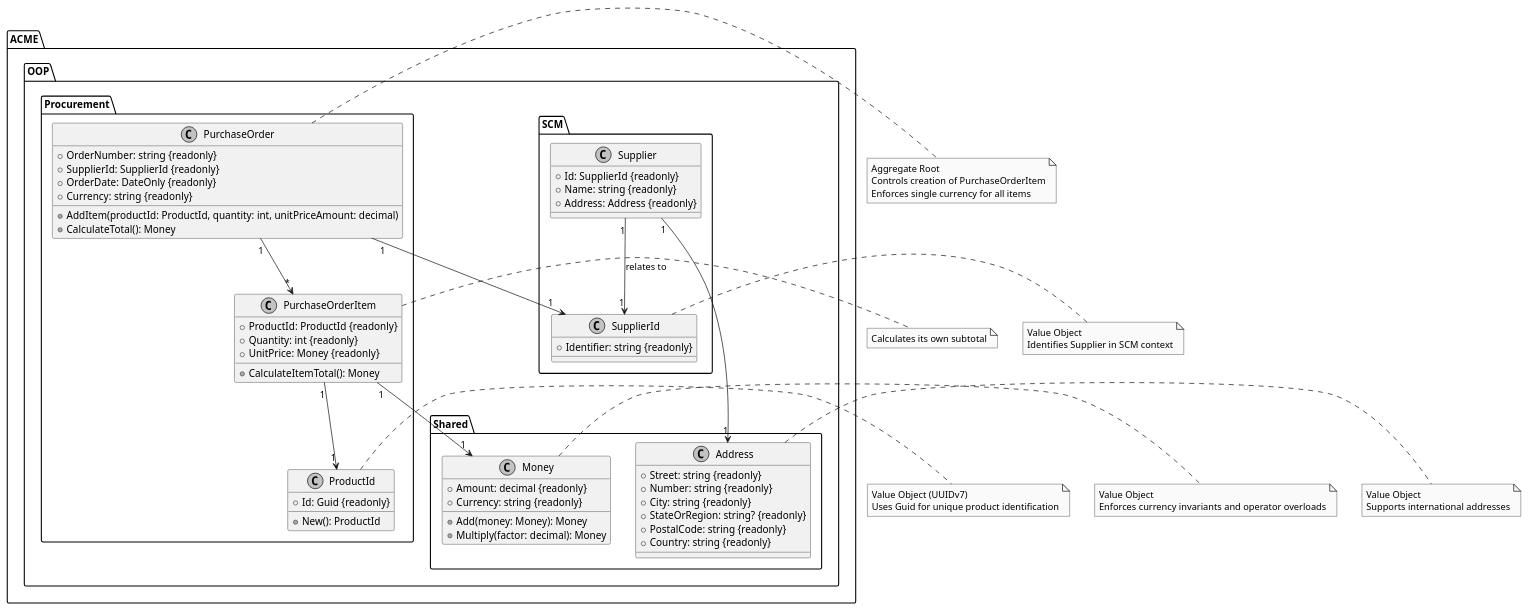
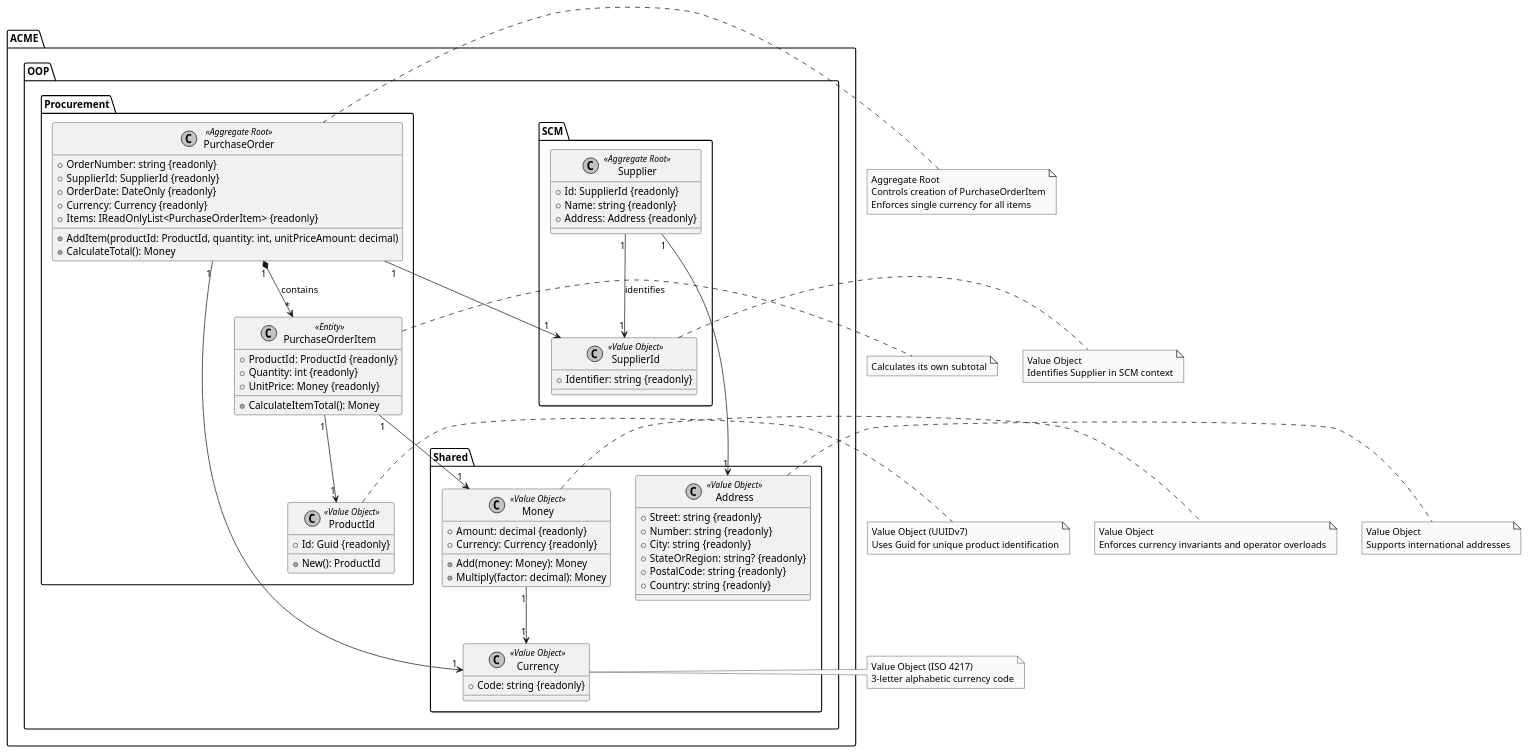
One commit to upc-pre-202620-1asi0730-8150/oop-sample changed the diagram in docs/class-diagram.puml. Above: the diagram before and after it, drawn with PlantUML.

Commit message:
docs(domain): update class diagram with refined domain model
- Add stereotypes (Aggregate Root, Entity, Value Object) for clarity.
- Replace `Currency` string with `Currency` value object in `Money` and `PurchaseOrder`.
- Add `Items` to `PurchaseOrder` with `PurchaseOrderItem` association.
- Enhance relationships and annotations for improved domain understanding.

```diff
--- a/docs/class-diagram.puml
+++ b/docs/class-diagram.puml
@@ -1,96 +1,108 @@
 @startuml
 skinparam monochrome true
 
 package "ACME.OOP.SCM" {
-  class "Supplier" as Supplier {
+  class "Supplier" as Supplier <<Aggregate Root>> {
     +Id: SupplierId {readonly}
     +Name: string {readonly}
     +Address: Address {readonly}
   }
 
-  class "SupplierId" as SupplierId {
+  class "SupplierId" as SupplierId <<Value Object>> {
     +Identifier: string {readonly}
   }
 
-  Supplier "1" --> "1" SupplierId : relates to
+  Supplier "1" --> "1" SupplierId : identifies
 }
 
 package "ACME.OOP.Procurement" {
-  class "PurchaseOrder" as PO {
+  class "PurchaseOrder" as PO <<Aggregate Root>> {
     +OrderNumber: string {readonly}
     +SupplierId: SupplierId {readonly}
     +OrderDate: DateOnly {readonly}
-    +Currency: string {readonly}
+    +Currency: Currency {readonly}
+    +Items: IReadOnlyList<PurchaseOrderItem> {readonly}
     +AddItem(productId: ProductId, quantity: int, unitPriceAmount: decimal)
     +CalculateTotal(): Money
   }
 
-  class "PurchaseOrderItem" as POItem {
+  class "PurchaseOrderItem" as POItem <<Entity>> {
     +ProductId: ProductId {readonly}
     +Quantity: int {readonly}
     +UnitPrice: Money {readonly}
     +CalculateItemTotal(): Money
   }
 
-  class "ProductId" as ProductId {
+  class "ProductId" as ProductId <<Value Object>> {
     +Id: Guid {readonly}
     +New(): ProductId
   }
 
   PO "1" --> "1" SupplierId
-  PO "1" --> "*" POItem
+  PO "1" *--> "*" POItem : contains
   POItem "1" --> "1" ProductId
 }
 
 package "ACME.OOP.Shared" {
-  class "Money" as Money {
+  class "Currency" as Currency <<Value Object>> {
+    +Code: string {readonly}
+  }
+
+  class "Money" as Money <<Value Object>> {
     +Amount: decimal {readonly}
-    +Currency: string {readonly}
+    +Currency: Currency {readonly}
     +Add(money: Money): Money
     +Multiply(factor: decimal): Money
   }
 
-  class "Address" as Address {
+  class "Address" as Address <<Value Object>> {
     +Street: string {readonly}
     +Number: string {readonly}
     +City: string {readonly}
     +StateOrRegion: string? {readonly}
     +PostalCode: string {readonly}
     +Country: string {readonly}
   }
 
+  PO "1" --> "1" Currency
   POItem "1" --> "1" Money
+  Money "1" --> "1" Currency
   Supplier "1" --> "1" Address
 }
 
 note right of PO
   Aggregate Root
   Controls creation of PurchaseOrderItem
   Enforces single currency for all items
 end note
 
 note right of POItem
   Calculates its own subtotal
 end note
 
 note right of ProductId
   Value Object (UUIDv7)
   Uses Guid for unique product identification
 end note
 
 note right of SupplierId
   Value Object
   Identifies Supplier in SCM context
 end note
 
+note right of Currency
+  Value Object (ISO 4217)
+  3-letter alphabetic currency code
+end note
+
 note right of Money
   Value Object
   Enforces currency invariants and operator overloads
 end note
 
 note right of Address
   Value Object
   Supports international addresses
 end note
 
 @enduml
```
